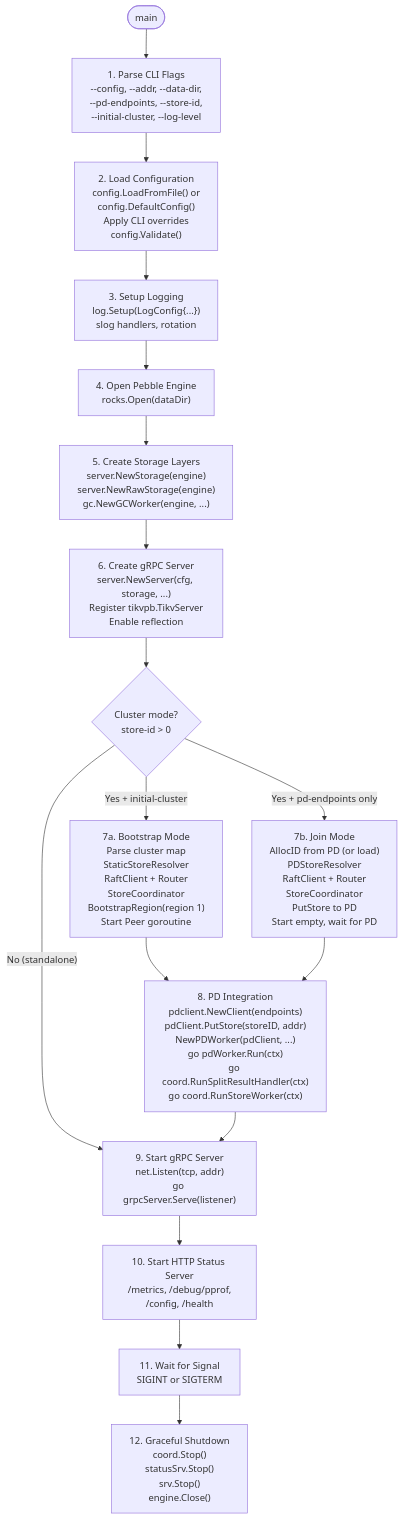
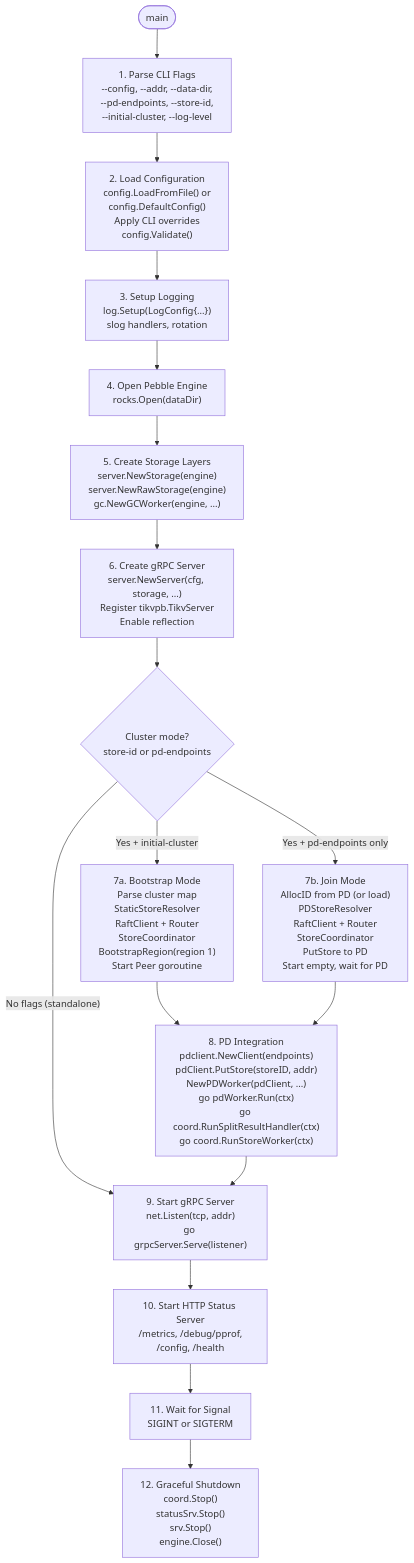
One commit to ryogrid/gookvs changed diagram 11 of 14 in gookv-design/01_architecture_overview.md. Above: the diagram before and after it, drawn with Mermaid. The commit also changed other lines of this file and 17 other files, not shown here.

````diff
--- a/gookv-design/01_architecture_overview.md
+++ b/gookv-design/01_architecture_overview.md
@@ -943,33 +964,33 @@
 ```mermaid
 flowchart TD
     Start([main]) --> ParseFlags["1. Parse CLI Flags<br/>--config, --addr, --data-dir,<br/>--pd-endpoints, --store-id,<br/>--initial-cluster, --log-level"]
 
     ParseFlags --> LoadConfig["2. Load Configuration<br/>config.LoadFromFile() or<br/>config.DefaultConfig()<br/>Apply CLI overrides<br/>config.Validate()"]
 
     LoadConfig --> SetupLogging["3. Setup Logging<br/>log.Setup(LogConfig{...})<br/>slog handlers, rotation"]
 
     SetupLogging --> OpenEngine["4. Open Pebble Engine<br/>rocks.Open(dataDir)"]
 
     OpenEngine --> CreateStorage["5. Create Storage Layers<br/>server.NewStorage(engine)<br/>server.NewRawStorage(engine)<br/>gc.NewGCWorker(engine, ...)"]
 
     CreateStorage --> CreateServer["6. Create gRPC Server<br/>server.NewServer(cfg, storage, ...)<br/>Register tikvpb.TikvServer<br/>Enable reflection"]
 
-    CreateServer --> ModeCheck{"Cluster mode?<br/>store-id > 0"}
+    CreateServer --> ModeCheck{"Cluster mode?<br/>store-id or pd-endpoints"}
 
-    ModeCheck -->|"No (standalone)"| StartGRPC
+    ModeCheck -->|"No flags (standalone)"| StartGRPC
 
     ModeCheck -->|"Yes + initial-cluster"| Bootstrap["7a. Bootstrap Mode<br/>Parse cluster map<br/>StaticStoreResolver<br/>RaftClient + Router<br/>StoreCoordinator<br/>BootstrapRegion(region 1)<br/>Start Peer goroutine"]
 
     ModeCheck -->|"Yes + pd-endpoints only"| Join["7b. Join Mode<br/>AllocID from PD (or load)<br/>PDStoreResolver<br/>RaftClient + Router<br/>StoreCoordinator<br/>PutStore to PD<br/>Start empty, wait for PD"]
 
     Bootstrap --> SetupPD["8. PD Integration<br/>pdclient.NewClient(endpoints)<br/>pdClient.PutStore(storeID, addr)<br/>NewPDWorker(pdClient, ...)<br/>go pdWorker.Run(ctx)<br/>go coord.RunSplitResultHandler(ctx)<br/>go coord.RunStoreWorker(ctx)"]
     Join --> SetupPD
 
     SetupPD --> StartGRPC["9. Start gRPC Server<br/>net.Listen(tcp, addr)<br/>go grpcServer.Serve(listener)"]
 
     StartGRPC --> StartHTTP["10. Start HTTP Status Server<br/>/metrics, /debug/pprof,<br/>/config, /health"]
 
     StartHTTP --> WaitSignal["11. Wait for Signal<br/>SIGINT or SIGTERM"]
 
     WaitSignal --> Shutdown["12. Graceful Shutdown<br/>coord.Stop()<br/>statusSrv.Stop()<br/>srv.Stop()<br/>engine.Close()"]
 ```
````
